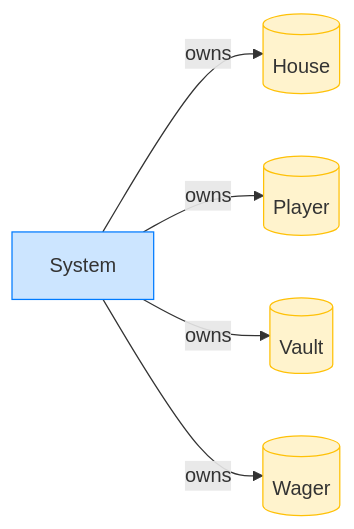
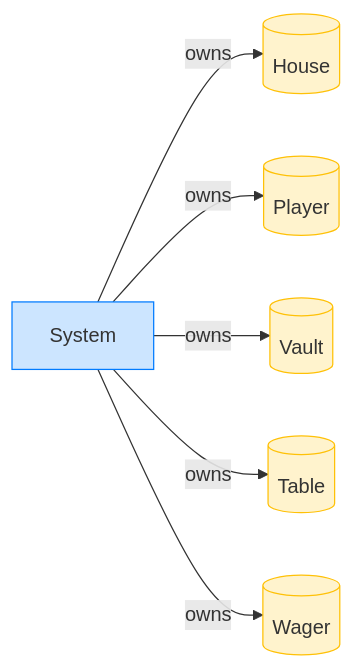
Before and after one commit to cds-turbin3/builder-05-no-fair-dice: the third of 3 diagrams in dogfood/report/losing-roll.md, drawn with Mermaid. The commit also changed other lines of this file and 12 other files, not shown here.

````diff
--- a/dogfood/report/losing-roll.md
+++ b/dogfood/report/losing-roll.md
@@ -52,14 +54,16 @@
 ```mermaid
 flowchart LR
     classDef owner fill:#cce5ff,stroke:#007bff;
     classDef account fill:#fff3cd,stroke:#ffc107;
     System[System]:::owner
     House[(House)]:::account
     Player[(Player)]:::account
     Vault[(Vault)]:::account
+    Table[(Table)]:::account
     Wager[(Wager)]:::account
     System -->|owns| House
     System -->|owns| Player
     System -->|owns| Vault
+    System -->|owns| Table
     System -->|owns| Wager
 ```
````
